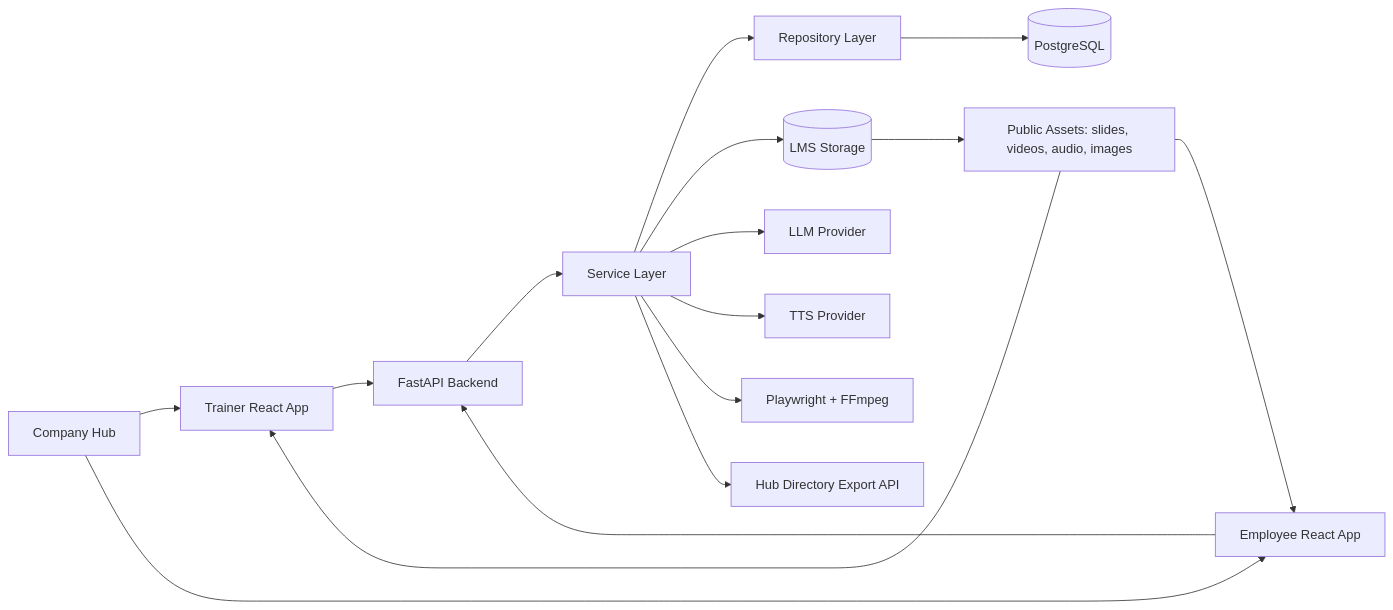
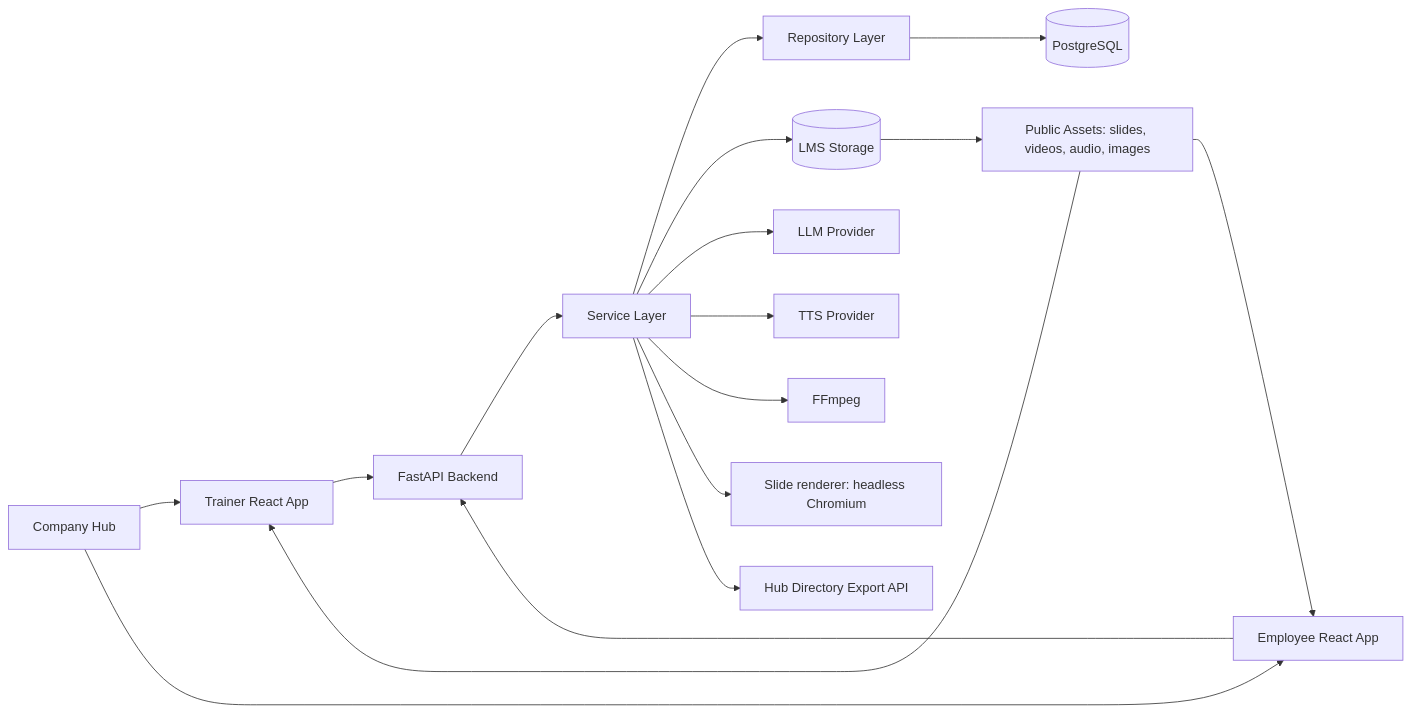
One commit to PraharshSrivastava/learning-management changed the first of 8 diagrams in README.md. Above: the diagram before and after it, drawn with Mermaid. The commit also changed other lines of this file and 21 other files, not shown here.

````diff
--- a/README.md
+++ b/README.md
@@ -38,22 +38,23 @@
 ```mermaid
 flowchart LR
     Hub[Company Hub] --> TrainerApp[Trainer React App]
     Hub --> EmployeeApp[Employee React App]
 
     TrainerApp --> API[FastAPI Backend]
     EmployeeApp --> API
 
     API --> Services[Service Layer]
     Services --> Repos[Repository Layer]
     Repos --> Postgres[(PostgreSQL)]
 
     Services --> Storage[(LMS Storage)]
     Storage --> Assets[Public Assets: slides, videos, audio, images]
     Assets --> TrainerApp
     Assets --> EmployeeApp
 
     Services --> LLM[LLM Provider]
     Services --> TTS[TTS Provider]
-    Services --> FFmpeg[Playwright + FFmpeg]
+    Services --> FFmpeg[FFmpeg]
+    Services --> SlideRenderer[Slide renderer: headless Chromium]
     Services --> Directory[Hub Directory Export API]
 ```
````
